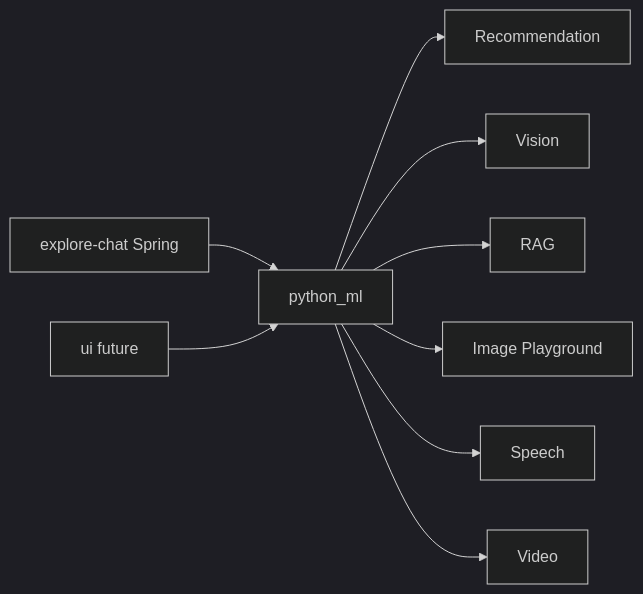
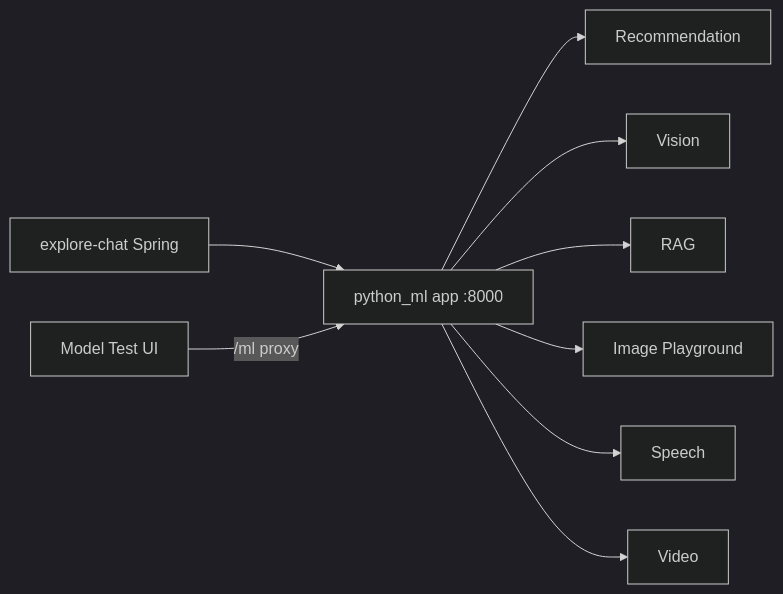
Before and after one commit to felixzhu97/explore: the diagram in explore-ml/docs/Glossary.md, drawn with Mermaid (dark theme). The commit also changed other lines of this file and 8 other files, not shown here.

First line of the commit message:
Sync Explore ML single-app docs and Commerce README (#130)

````diff
--- a/explore-ml/docs/Glossary.md
+++ b/explore-ml/docs/Glossary.md
@@ -35,11 +39,11 @@
 ```mermaid
 flowchart LR
-  siblingApi[explore-chat Spring] --> pyMl[python_ml]
-  testUi[ui future] --> pyMl
+  siblingApi[explore-chat Spring] --> pyMl[python_ml app :8000]
+  testUi[Model Test UI] -->|/ml proxy| pyMl
   pyMl --> rec[Recommendation]
   pyMl --> vis[Vision]
   pyMl --> ragSvc[RAG]
   pyMl --> ip[Image Playground]
   pyMl --> sp[Speech]
   pyMl --> vd[Video]
 ```
````
